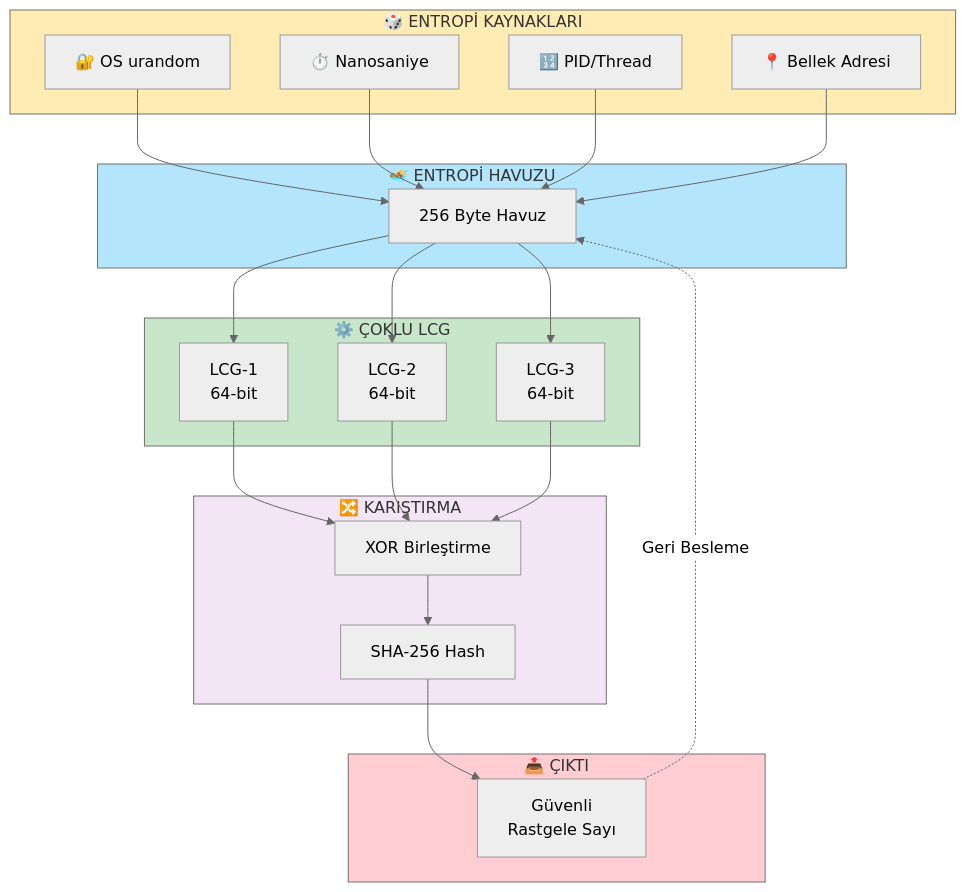
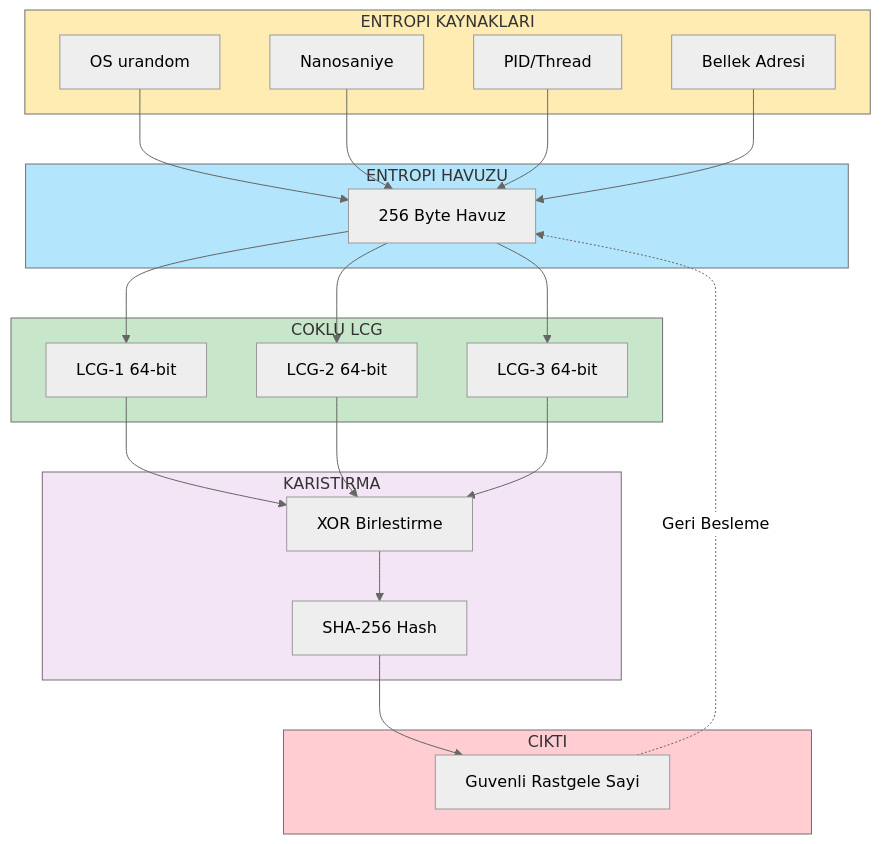
One commit to Samet230/Rastgele_Sayi_Ureteci changed the second of 9 diagrams in docs/FLOWCHART.md. Above: the diagram before and after it, drawn with Mermaid (neutral theme). The commit also changed other lines of this file, not shown here.

Commit message:
fix: Mermaid syntax duzeltildi - GitHub uyumlulugu

````diff
--- a/docs/FLOWCHART.md
+++ b/docs/FLOWCHART.md
@@ -45,51 +45,51 @@
 ```mermaid
 flowchart TB
-    subgraph ENTROPY["🎲 ENTROPİ KAYNAKLARI"]
-        E1["🔐 OS urandom"]
-        E2["⏱️ Nanosaniye"]
-        E3["🔢 PID/Thread"]
-        E4["📍 Bellek Adresi"]
+    subgraph ENTROPY["ENTROPI KAYNAKLARI"]
+        E1["OS urandom"]
+        E2["Nanosaniye"]
+        E3["PID/Thread"]
+        E4["Bellek Adresi"]
     end
     
-    subgraph POOL["🏊 ENTROPİ HAVUZU"]
+    subgraph POOL["ENTROPI HAVUZU"]
         P["256 Byte Havuz"]
     end
     
-    subgraph GENERATORS["⚙️ ÇOKLU LCG"]
-        L1["LCG-1<br/>64-bit"]
-        L2["LCG-2<br/>64-bit"]
-        L3["LCG-3<br/>64-bit"]
+    subgraph GENERATORS["COKLU LCG"]
+        L1["LCG-1 64-bit"]
+        L2["LCG-2 64-bit"]
+        L3["LCG-3 64-bit"]
     end
     
-    subgraph MIX["🔀 KARIŞTIRMA"]
-        X["XOR Birleştirme"]
+    subgraph MIX["KARISTIRMA"]
+        X["XOR Birlestirme"]
         H["SHA-256 Hash"]
     end
     
-    subgraph OUTPUT["📤 ÇIKTI"]
-        O["Güvenli<br/>Rastgele Sayı"]
+    subgraph OUTPUT["CIKTI"]
+        O["Guvenli Rastgele Sayi"]
     end
     
     E1 --> P
     E2 --> P
     E3 --> P
     E4 --> P
     
     P --> L1
     P --> L2
     P --> L3
     
     L1 --> X
     L2 --> X
     L3 --> X
     
     X --> H
     H --> O
     O -.->|Geri Besleme| P
     
     style ENTROPY fill:#ffecb3
     style POOL fill:#b3e5fc
     style GENERATORS fill:#c8e6c9
     style MIX fill:#f3e5f5
     style OUTPUT fill:#ffcdd2
 ```
````
